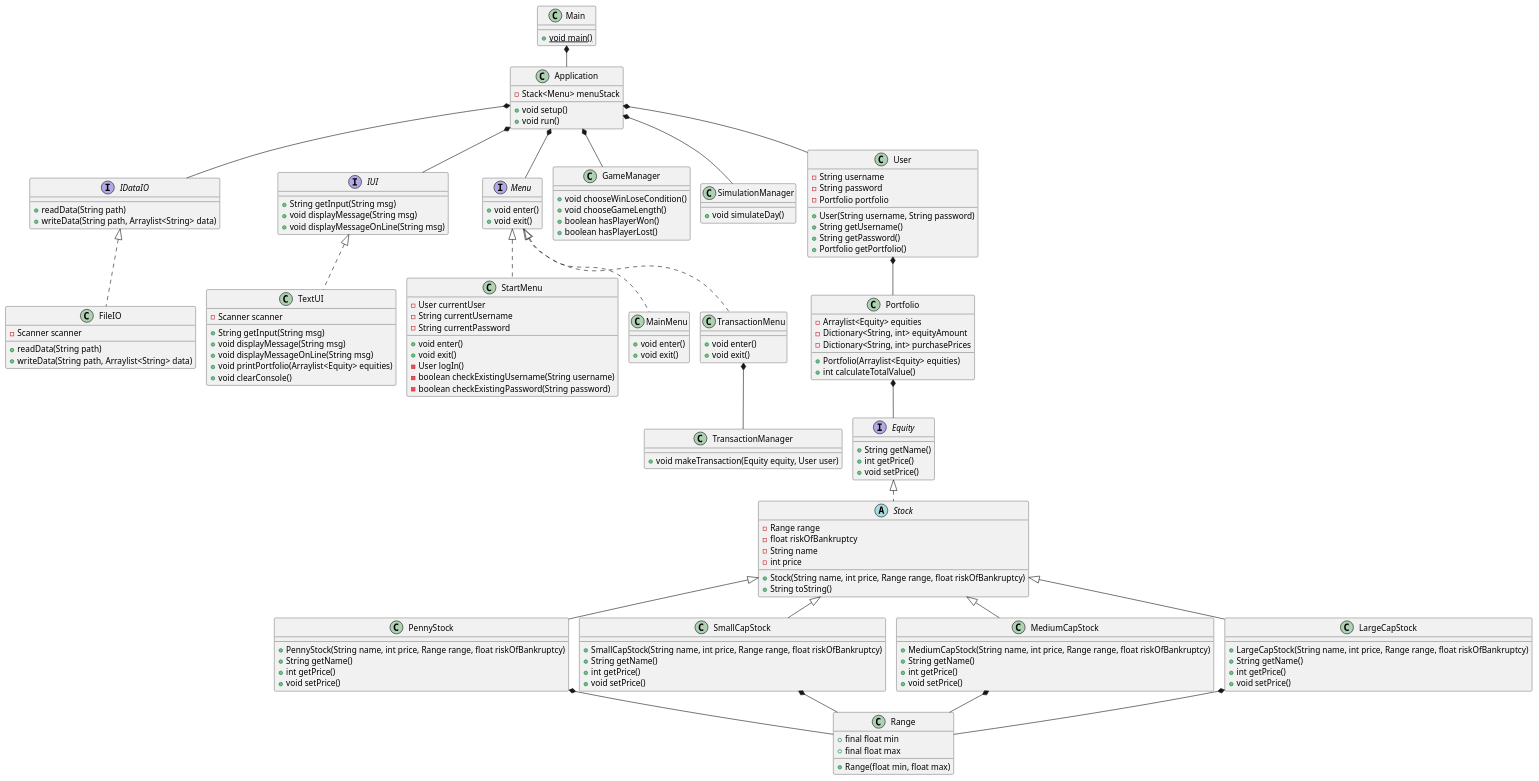
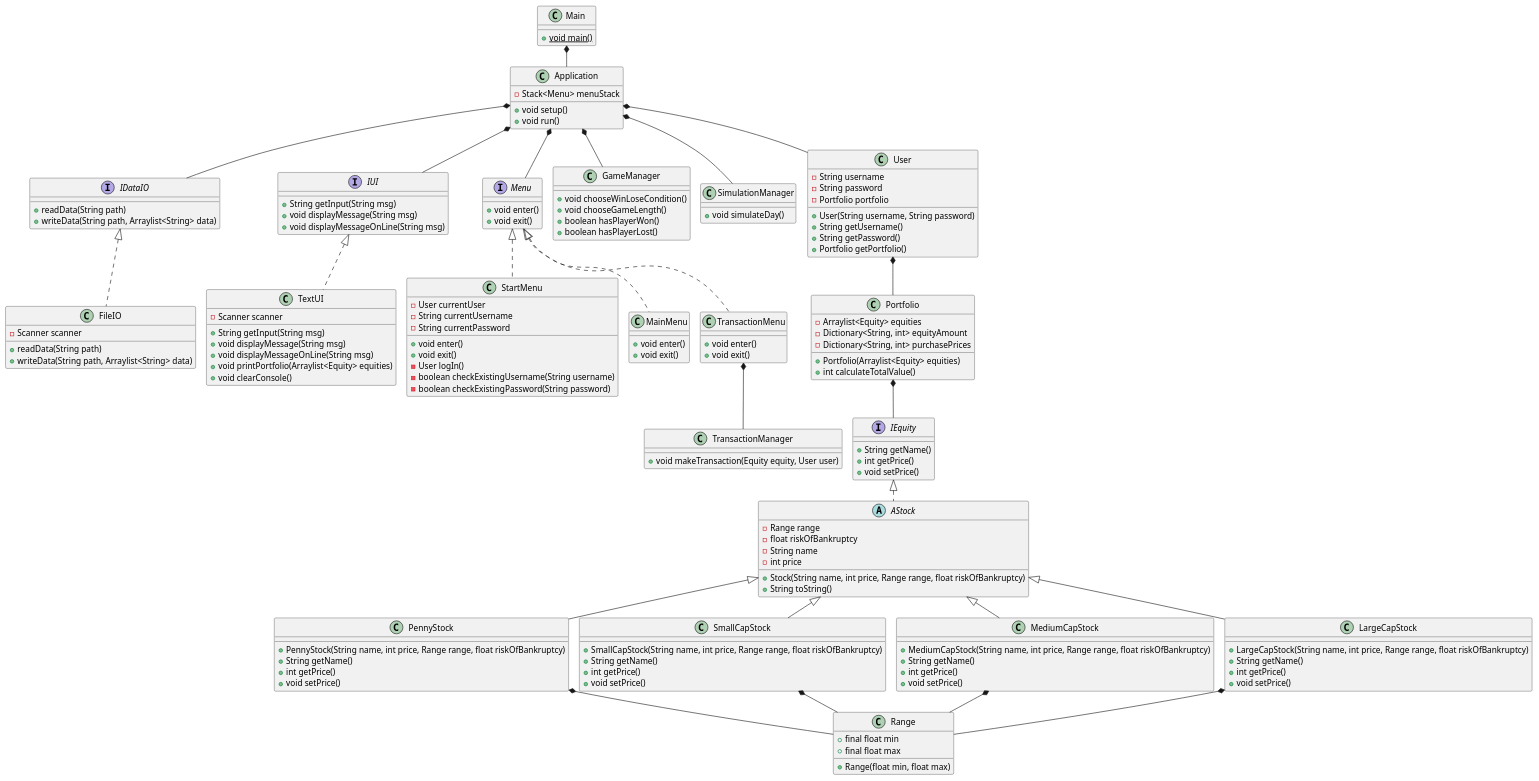
The diagram in Documentation/KlasseDiagram.puml (TobiasTheDanish/AktieSpil), drawn with PlantUML before and after one commit.

Commit message:
Documentation

```diff
--- a/Documentation/KlasseDiagram.puml
+++ b/Documentation/KlasseDiagram.puml
@@ -1,162 +1,162 @@
 @startuml
 !pragma layout smetana
 'https://plantuml.com/class-diagram
 class Main {
     + {static} void main()
 }
 
 class Application {
     - Stack<Menu> menuStack
     + void setup()
     + void run()
 }
 
 interface IDataIO {
     + readData(String path)
     + writeData(String path, Arraylist<String> data)
 }
 
 class FileIO implements IDataIO {
     - Scanner scanner
     + readData(String path)
     + writeData(String path, Arraylist<String> data)
 
 }
 
 interface IUI {
     + String getInput(String msg)
     + void displayMessage(String msg)
     + void displayMessageOnLine(String msg)
 }
 
 class TextUI implements IUI {
     - Scanner scanner
     + String getInput(String msg)
     + void displayMessage(String msg)
     + void displayMessageOnLine(String msg)
     + void printPortfolio(Arraylist<Equity> equities)
     + void clearConsole()
 }
 
 interface Menu {
     + void enter()
     + void exit()
 }
 
 class StartMenu implements Menu {
     - User currentUser
     - String currentUsername
     - String currentPassword
     + void enter()
     + void exit()
     - User logIn()
     - boolean checkExistingUsername(String username)
     - boolean checkExistingPassword(String password)
 }
 
 class MainMenu implements Menu {
     + void enter()
     + void exit()
 }
 
 class TransactionMenu implements Menu {
     + void enter()
     + void exit()
 }
 
 class TransactionManager {
     + void makeTransaction(Equity equity, User user)
 }
 
 class GameManager {
     + void chooseWinLoseCondition()
     + void chooseGameLength()
     + boolean hasPlayerWon()
     + boolean hasPlayerLost()
 }
 
 class SimulationManager {
     + void simulateDay()
 }
 
 class User {
     - String username
     - String password
     - Portfolio portfolio
     + User(String username, String password)
     + String getUsername()
     + String getPassword()
     + Portfolio getPortfolio()
 }
 
 class Portfolio {
     - Arraylist<Equity> equities
     - Dictionary<String, int> equityAmount
     - Dictionary<String, int> purchasePrices
     + Portfolio(Arraylist<Equity> equities)
     + int calculateTotalValue()
 }
 
-interface Equity {
+interface IEquity {
     + String getName()
     + int getPrice()
     + void setPrice()
 }
 
-abstract class Stock implements Equity {
+abstract class AStock implements IEquity {
     - Range range
     - float riskOfBankruptcy
     - String name
     - int price
     + Stock(String name, int price, Range range, float riskOfBankruptcy)
     + String toString()
 }
 
-class PennyStock extends Stock {
+class PennyStock extends AStock {
     + PennyStock(String name, int price, Range range, float riskOfBankruptcy)
     + String getName()
     + int getPrice()
     + void setPrice()
 }
-class SmallCapStock extends Stock {
+class SmallCapStock extends AStock {
     + SmallCapStock(String name, int price, Range range, float riskOfBankruptcy)
     + String getName()
     + int getPrice()
     + void setPrice()
 }
-class MediumCapStock extends Stock {
+class MediumCapStock extends AStock {
     + MediumCapStock(String name, int price, Range range, float riskOfBankruptcy)
     + String getName()
     + int getPrice()
     + void setPrice()
 }
-class LargeCapStock extends Stock {
+class LargeCapStock extends AStock {
     + LargeCapStock(String name, int price, Range range, float riskOfBankruptcy)
     + String getName()
     + int getPrice()
     + void setPrice()
 }
 
 class Range {
     + final float min
     + final float max
     + Range(float min, float max)
 }
 
 Main *-- Application
 Application *-- Menu
 Application *-- User
 Application *-- SimulationManager
 Application *-- GameManager
 Application *-- IUI
 Application *-- IDataIO
 
 TransactionMenu *-- TransactionManager
 
 User *-- Portfolio
-Portfolio *-- Equity
+Portfolio *-- IEquity
 PennyStock *-- Range
 SmallCapStock *-- Range
 MediumCapStock *-- Range
 LargeCapStock *-- Range
 @enduml
```
